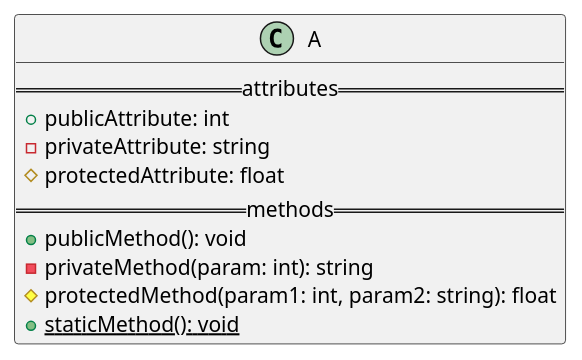
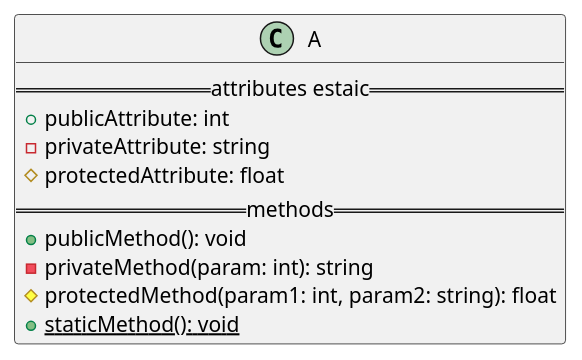
Before and after one commit to pslavkin/isse_cese: the fifth of 14 diagrams in uml/examples.puml, drawn with PlantUML. The commit also changed other lines of this file and 19 other files, not shown here.

```diff
--- a/uml/examples.puml
+++ b/uml/examples.puml
@@ -130,26 +148,26 @@
 @startuml attributes
 class A {
-   == attributes ==
+   == attributes estaic ==
    +publicAttribute: int
    -privateAttribute: string
    #protectedAttribute: float
    == methods ==
    +publicMethod(): void
    -privateMethod(param: int): string
    #protectedMethod(param1: int, param2: string): float
    {static} +staticMethod(): void
 }
 'note bottom of A
 '   == is used to separate sections ==
 '
 '   : returnType is used to indicate the
 '   type of value that a method returns.
 '   If a method does not return any
 '   value, it can be specified as void
 '
 '   (param) is used to indicate that
 '   the method takes parameters, and
 '   the type of each parameter can also
 '   be specified.
 'end note
 @enduml
```
